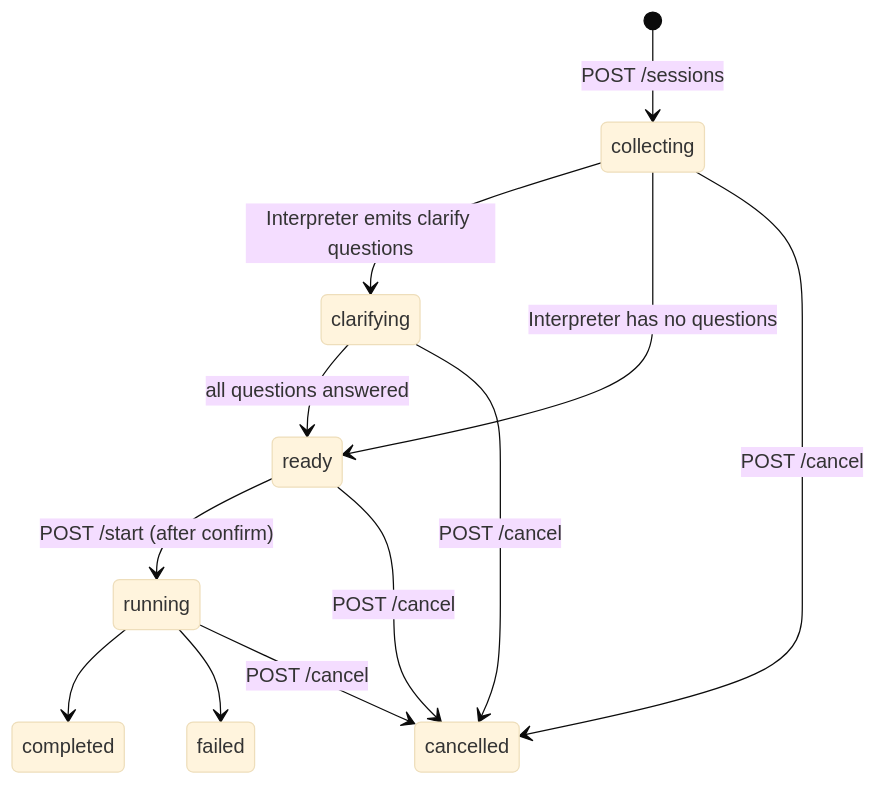
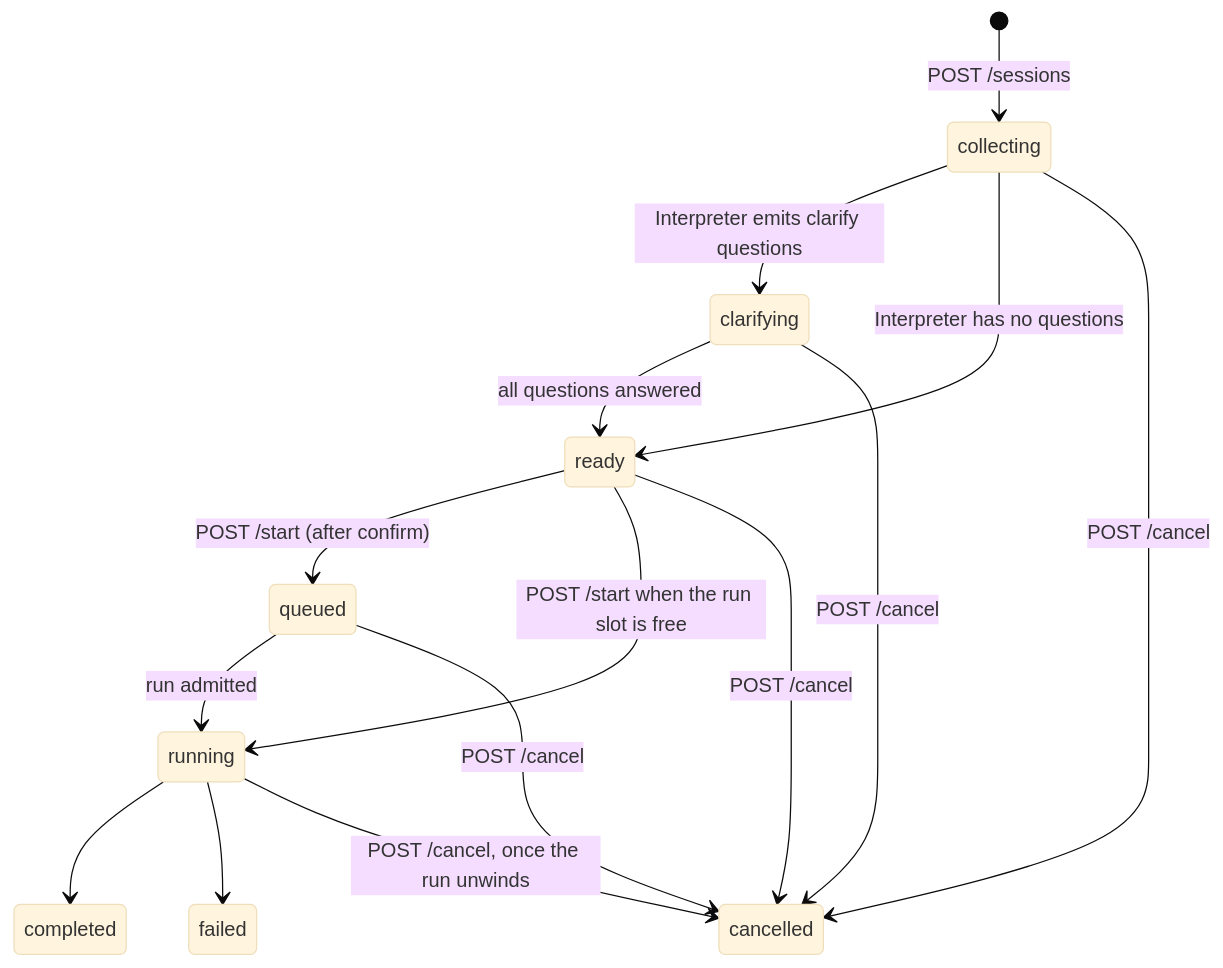
One commit to MWilk97/sprint-crew-v2 changed the diagram in docs/contracts/chat-console-api.md. Above: the diagram before and after it, drawn with Mermaid (base theme). The commit also changed other lines of this file and 6 other files, not shown here.

````diff
--- a/docs/contracts/chat-console-api.md
+++ b/docs/contracts/chat-console-api.md
@@ -44,14 +46,17 @@
 ```mermaid
 stateDiagram-v2
   [*] --> collecting: POST /sessions
   collecting --> clarifying: Interpreter emits clarify questions
   collecting --> ready: Interpreter has no questions
   clarifying --> ready: all questions answered
-  ready --> running: POST /start (after confirm)
+  ready --> queued: POST /start (after confirm)
+  ready --> running: POST /start when the run slot is free
+  queued --> running: run admitted
+  queued --> cancelled: POST /cancel
   running --> completed
   running --> failed
+  running --> cancelled: POST /cancel, once the run unwinds
   collecting --> cancelled: POST /cancel
   clarifying --> cancelled: POST /cancel
   ready --> cancelled: POST /cancel
-  running --> cancelled: POST /cancel
 ```
````
